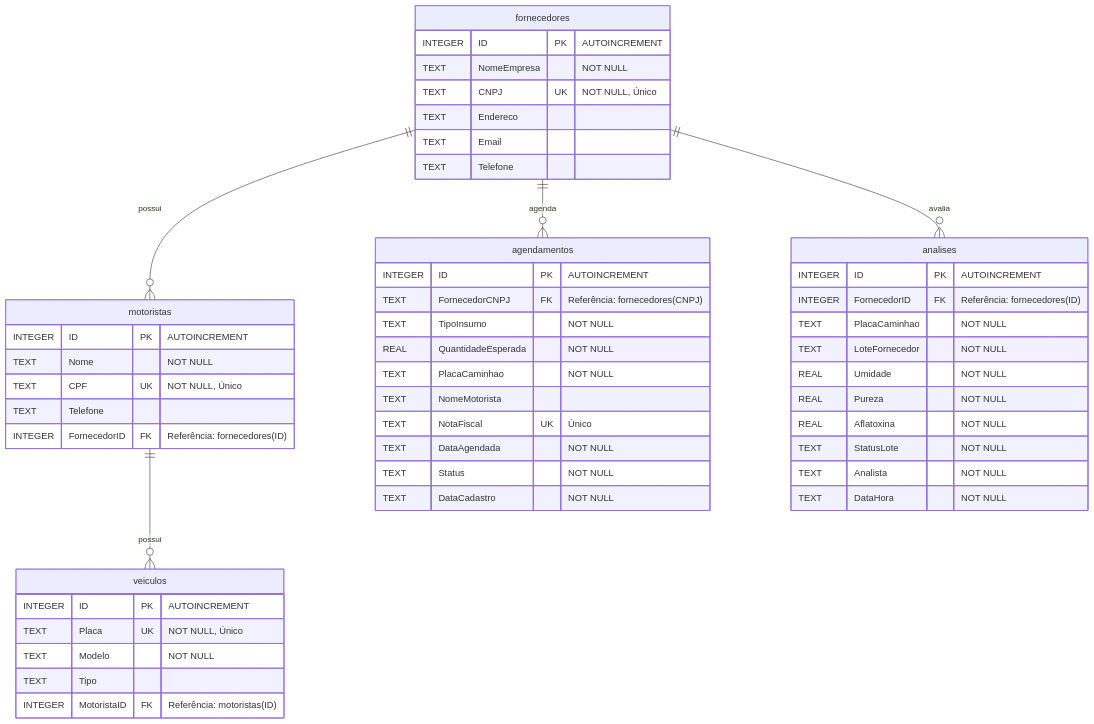
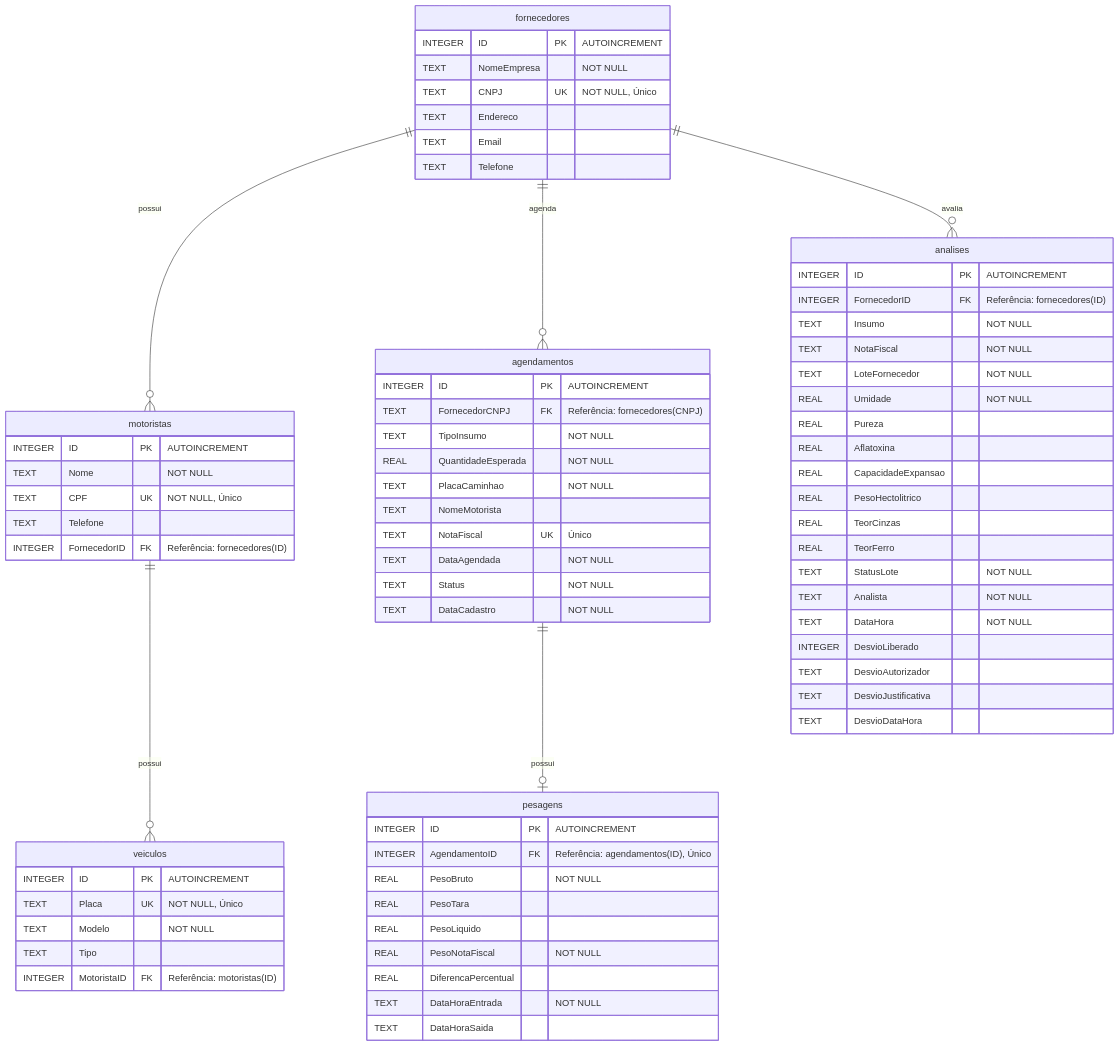
Before and after one commit to Laianne27/Sistema_Qualidade: the diagram in README.md, drawn with Mermaid. The commit also changed other lines of this file and 12 other files, not shown here.

````diff
--- a/README.md
+++ b/README.md
@@ -53,54 +62,75 @@
 ```mermaid
 erDiagram
     fornecedores {
         INTEGER ID PK "AUTOINCREMENT"
         TEXT NomeEmpresa "NOT NULL"
         TEXT CNPJ UK "NOT NULL, Único"
         TEXT Endereco
         TEXT Email
         TEXT Telefone
     }
     motoristas {
         INTEGER ID PK "AUTOINCREMENT"
         TEXT Nome "NOT NULL"
         TEXT CPF UK "NOT NULL, Único"
         TEXT Telefone
         INTEGER FornecedorID FK "Referência: fornecedores(ID)"
     }
     veiculos {
         INTEGER ID PK "AUTOINCREMENT"
         TEXT Placa UK "NOT NULL, Único"
         TEXT Modelo "NOT NULL"
         TEXT Tipo
         INTEGER MotoristaID FK "Referência: motoristas(ID)"
     }
     agendamentos {
         INTEGER ID PK "AUTOINCREMENT"
         TEXT FornecedorCNPJ FK "Referência: fornecedores(CNPJ)"
         TEXT TipoInsumo "NOT NULL"
         REAL QuantidadeEsperada "NOT NULL"
         TEXT PlacaCaminhao "NOT NULL"
         TEXT NomeMotorista
         TEXT NotaFiscal UK "Único"
         TEXT DataAgendada "NOT NULL"
         TEXT Status "NOT NULL"
         TEXT DataCadastro "NOT NULL"
     }
     analises {
         INTEGER ID PK "AUTOINCREMENT"
         INTEGER FornecedorID FK "Referência: fornecedores(ID)"
-        TEXT PlacaCaminhao "NOT NULL"
+        TEXT Insumo "NOT NULL"
+        TEXT NotaFiscal "NOT NULL"
         TEXT LoteFornecedor "NOT NULL"
         REAL Umidade "NOT NULL"
-        REAL Pureza "NOT NULL"
-        REAL Aflatoxina "NOT NULL"
+        REAL Pureza
+        REAL Aflatoxina
+        REAL CapacidadeExpansao
+        REAL PesoHectolitrico
+        REAL TeorCinzas
+        REAL TeorFerro
         TEXT StatusLote "NOT NULL"
         TEXT Analista "NOT NULL"
         TEXT DataHora "NOT NULL"
+        INTEGER DesvioLiberado
+        TEXT DesvioAutorizador
+        TEXT DesvioJustificativa
+        TEXT DesvioDataHora
+    }
+    pesagens {
+        INTEGER ID PK "AUTOINCREMENT"
+        INTEGER AgendamentoID FK "Referência: agendamentos(ID), Único"
+        REAL PesoBruto "NOT NULL"
+        REAL PesoTara
+        REAL PesoLiquido
+        REAL PesoNotaFiscal "NOT NULL"
+        REAL DiferencaPercentual
+        TEXT DataHoraEntrada "NOT NULL"
+        TEXT DataHoraSaida
     }
 
     fornecedores ||--o{ motoristas : "possui"
     motoristas ||--o{ veiculos : "possui"
     fornecedores ||--o{ agendamentos : "agenda"
     fornecedores ||--o{ analises : "avalia"
+    agendamentos ||--o| pesagens : "possui"
 ```
````
